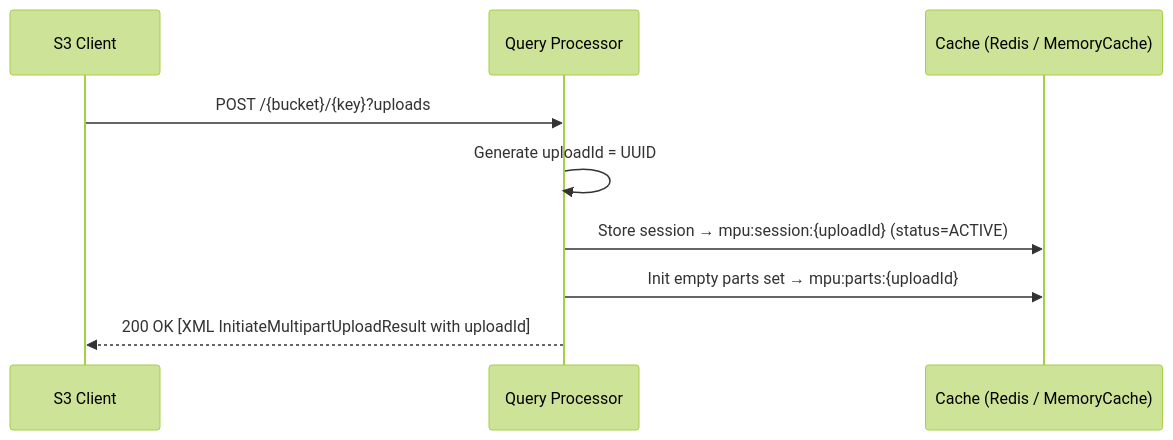
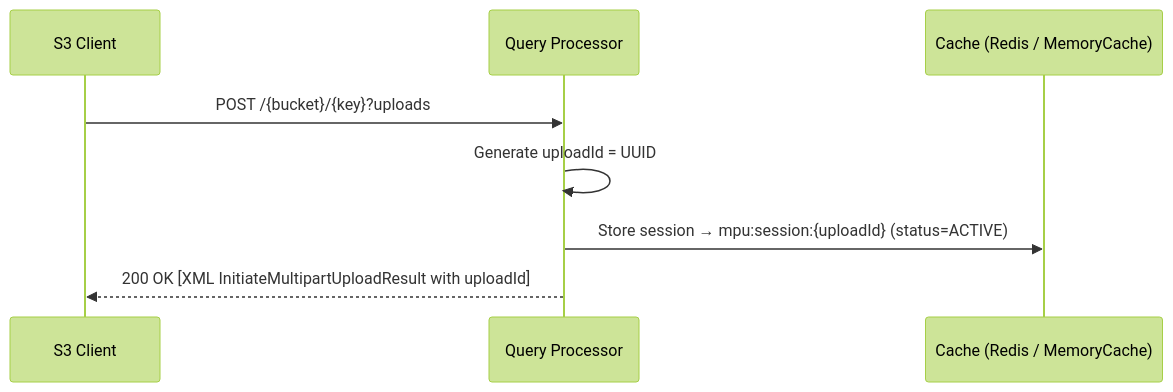
Before and after one commit to S26-Distributed-Capstone/Koop: diagram 11 of 16 in docs/workflow.md, drawn with Mermaid (forest theme). The commit also changed other lines of this file, not shown here.

Commit message:
Update workflow documentation to reflect Kafka/pub/sub integration and clarify multipart upload processes (AI)

````diff
--- a/docs/workflow.md
+++ b/docs/workflow.md
@@ -322,12 +308,11 @@
 ```mermaid
 sequenceDiagram
     participant C as S3 Client
     participant QP as Query Processor
     participant Cache as Cache (Redis / MemoryCache)
 
     C->>QP: POST /{bucket}/{key}?uploads
     QP->>QP: Generate uploadId = UUID
     QP->>Cache: Store session → mpu:session:{uploadId} (status=ACTIVE)
-    QP->>Cache: Init empty parts set → mpu:parts:{uploadId}
     QP-->>C: 200 OK [XML InitiateMultipartUploadResult with uploadId]
 ```
````
